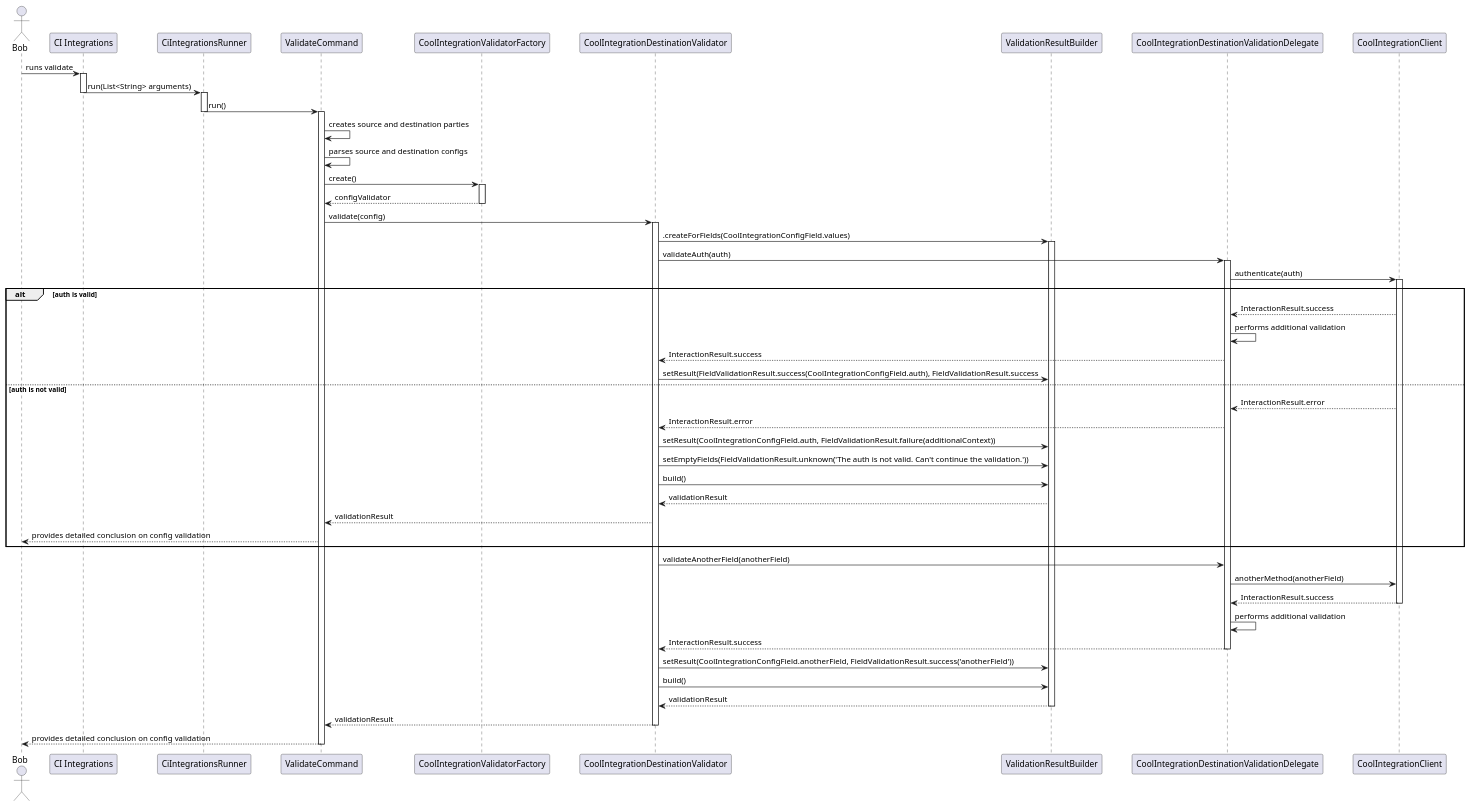
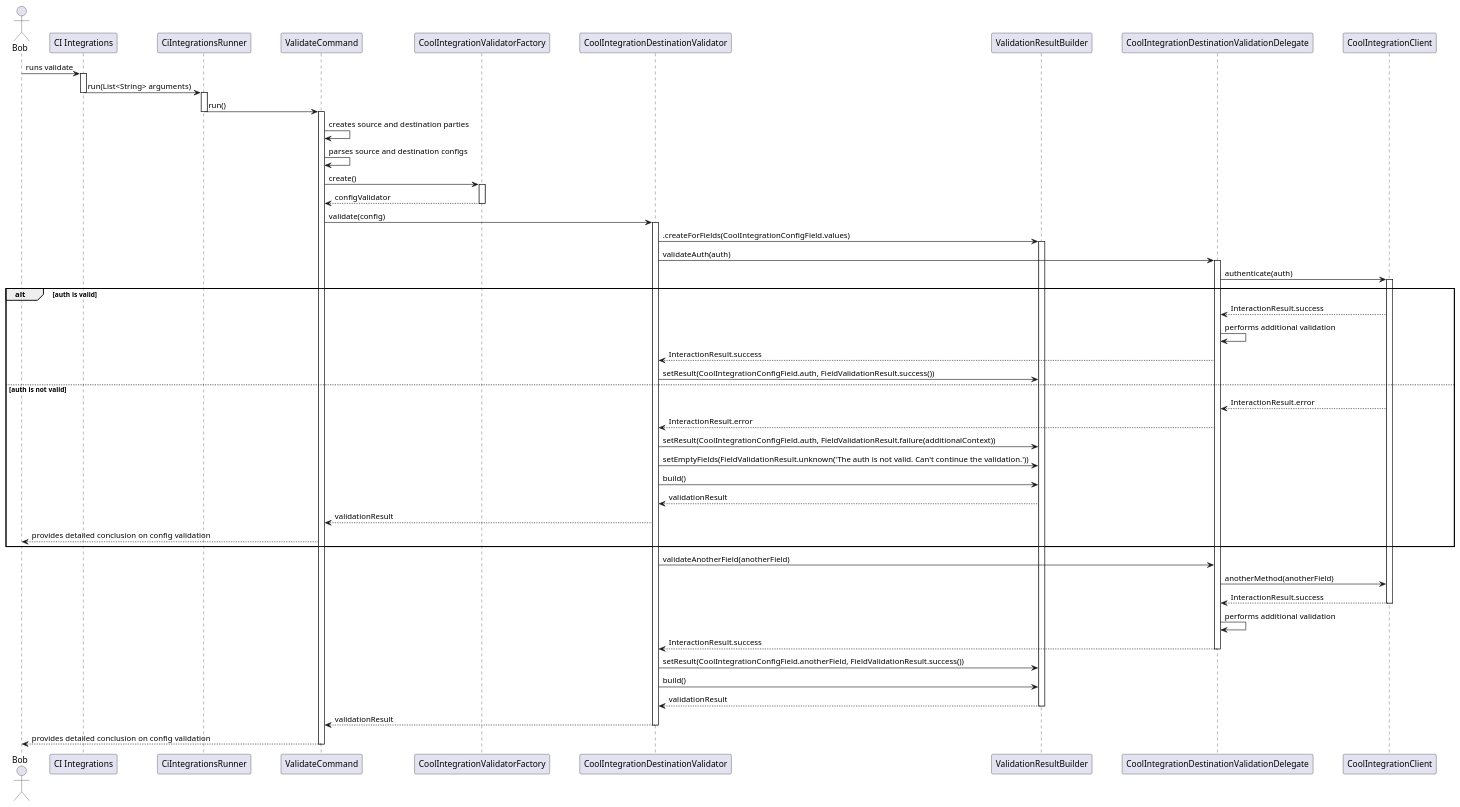
The diagram in metrics/ci_integrations/docs/diagrams/ci_integrations_config_validator_sequence_diagram.puml (Flank/flank-dashboard), drawn with PlantUML before and after one commit. The commit also changed 3 other files, not shown here.

```diff
--- a/metrics/ci_integrations/docs/diagrams/ci_integrations_config_validator_sequence_diagram.puml
+++ b/metrics/ci_integrations/docs/diagrams/ci_integrations_config_validator_sequence_diagram.puml
@@ -1,96 +1,96 @@
 @startuml ci_integrations_config_validator_sequence_diagram
 
 skinparam ParticipantPadding 20
 skinparam BoxPadding 10
 
 actor Bob
 
 participant "CI Integrations"
 participant CiIntegrationsRunner
 participant ValidateCommand
 participant CoolIntegrationValidatorFactory
 participant CoolIntegrationDestinationValidator
 participant ValidationResultBuilder
 participant CoolIntegrationDestinationValidationDelegate
 participant CoolIntegrationClient
 
 Bob -> "CI Integrations" : runs validate
 activate "CI Integrations"
 
 "CI Integrations" -> CiIntegrationsRunner: run(List<String> arguments)
 deactivate "CI Integrations"
 activate CiIntegrationsRunner
 
 CiIntegrationsRunner -> ValidateCommand: run()
 deactivate CiIntegrationsRunner
 activate ValidateCommand
 
 ValidateCommand -> ValidateCommand : creates source and destination parties
 ValidateCommand -> ValidateCommand : parses source and destination configs
 
 ValidateCommand -> CoolIntegrationValidatorFactory : create()
 activate CoolIntegrationValidatorFactory
 
 CoolIntegrationValidatorFactory --> ValidateCommand : configValidator
 deactivate CoolIntegrationValidatorFactory
 
 ValidateCommand -> CoolIntegrationDestinationValidator : validate(config)
 activate CoolIntegrationDestinationValidator
 
 CoolIntegrationDestinationValidator -> ValidationResultBuilder : .createForFields(CoolIntegrationConfigField.values)
 activate ValidationResultBuilder
 
 CoolIntegrationDestinationValidator -> CoolIntegrationDestinationValidationDelegate : validateAuth(auth)
 
 activate CoolIntegrationDestinationValidationDelegate
 
 CoolIntegrationDestinationValidationDelegate -> CoolIntegrationClient : authenticate(auth)
 activate  CoolIntegrationClient
 
 alt auth is valid
 
     CoolIntegrationClient --> CoolIntegrationDestinationValidationDelegate : InteractionResult.success
     CoolIntegrationDestinationValidationDelegate -> CoolIntegrationDestinationValidationDelegate : performs additional validation
     CoolIntegrationDestinationValidationDelegate --> CoolIntegrationDestinationValidator : InteractionResult.success
-    CoolIntegrationDestinationValidator -> ValidationResultBuilder : setResult(FieldValidationResult.success(CoolIntegrationConfigField.auth), FieldValidationResult.success
+    CoolIntegrationDestinationValidator -> ValidationResultBuilder : setResult(CoolIntegrationConfigField.auth, FieldValidationResult.success())
 
 else auth is not valid
 
     CoolIntegrationClient --> CoolIntegrationDestinationValidationDelegate : InteractionResult.error
     CoolIntegrationDestinationValidationDelegate --> CoolIntegrationDestinationValidator : InteractionResult.error
     CoolIntegrationDestinationValidator -> ValidationResultBuilder : setResult(CoolIntegrationConfigField.auth, FieldValidationResult.failure(additionalContext))
     CoolIntegrationDestinationValidator -> ValidationResultBuilder : setEmptyFields(FieldValidationResult.unknown('The auth is not valid. Can't continue the validation.'))
     CoolIntegrationDestinationValidator -> ValidationResultBuilder : build()
     ValidationResultBuilder --> CoolIntegrationDestinationValidator : validationResult
 
     CoolIntegrationDestinationValidator --> ValidateCommand : validationResult
     ValidateCommand --> Bob : provides detailed conclusion on config validation
 
 end
 
 
 CoolIntegrationDestinationValidator -> CoolIntegrationDestinationValidationDelegate : validateAnotherField(anotherField)
 CoolIntegrationDestinationValidationDelegate -> CoolIntegrationClient : anotherMethod(anotherField)
 
 CoolIntegrationClient --> CoolIntegrationDestinationValidationDelegate : InteractionResult.success
 deactivate CoolIntegrationClient
 
 CoolIntegrationDestinationValidationDelegate -> CoolIntegrationDestinationValidationDelegate : performs additional validation
 CoolIntegrationDestinationValidationDelegate --> CoolIntegrationDestinationValidator : InteractionResult.success
 deactivate CoolIntegrationDestinationValidationDelegate
 
-CoolIntegrationDestinationValidator -> ValidationResultBuilder : setResult(CoolIntegrationConfigField.anotherField, FieldValidationResult.success('anotherField'))
+CoolIntegrationDestinationValidator -> ValidationResultBuilder : setResult(CoolIntegrationConfigField.anotherField, FieldValidationResult.success())
 CoolIntegrationDestinationValidator -> ValidationResultBuilder : build()
 ValidationResultBuilder --> CoolIntegrationDestinationValidator : validationResult
 
 deactivate ValidationResultBuilder
 
 CoolIntegrationDestinationValidator --> ValidateCommand : validationResult
 
 deactivate CoolIntegrationDestinationValidator
 
 ValidateCommand --> Bob : provides detailed conclusion on config validation
 
 deactivate ValidateCommand
 
 @enduml
```
